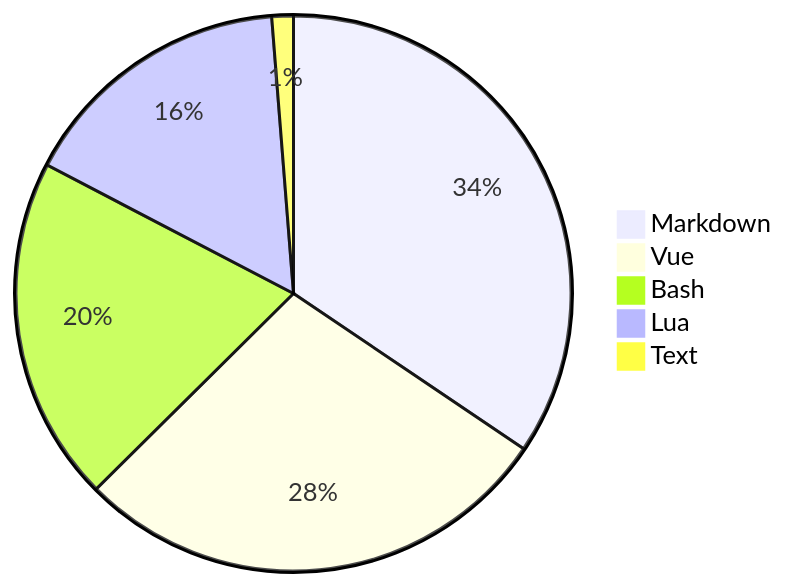
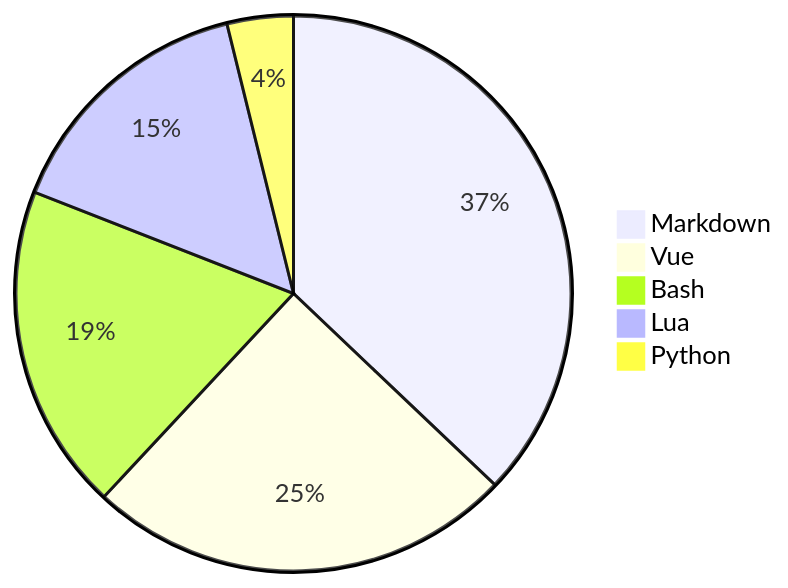
The diagram in README.md (Alicia111/alicia111), drawn with Mermaid before and after one commit.

Commit message:
Update WakaTime stats (・ω・)b

````diff
--- a/README.md
+++ b/README.md
@@ -32,8 +32,8 @@
 ```mermaid
 pie
-    "Markdown" : 34.07
-    "Vue" : 27.82
-    "Bash" : 19.86
-    "Lua" : 15.92
-    "Text" : 1.24
+    "Markdown" : 34.57
+    "Vue" : 23.16
+    "Bash" : 17.7
+    "Lua" : 14.18
+    "Python" : 3.59
 ```
````
